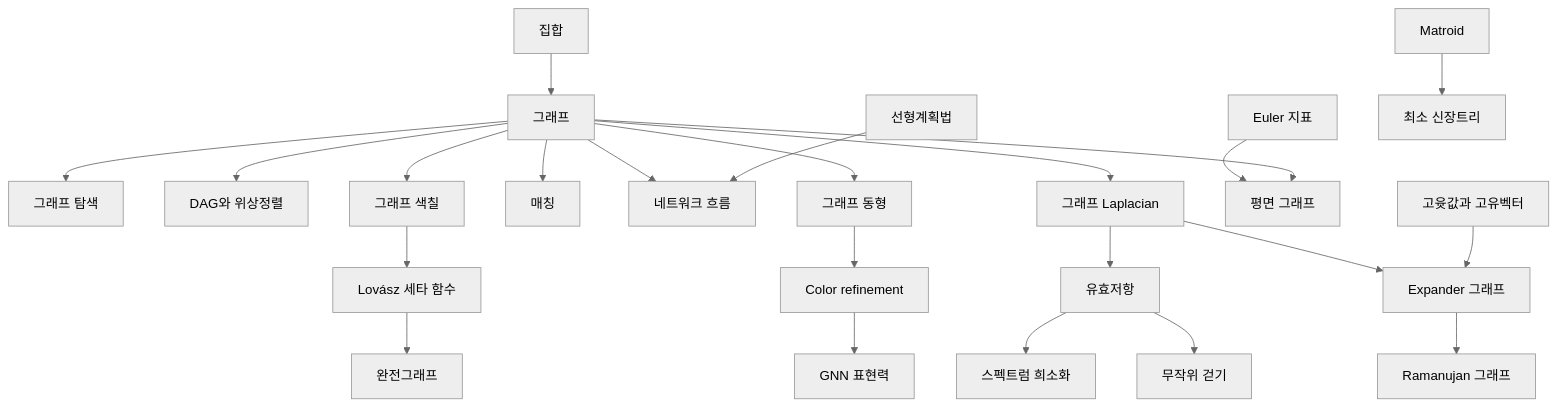
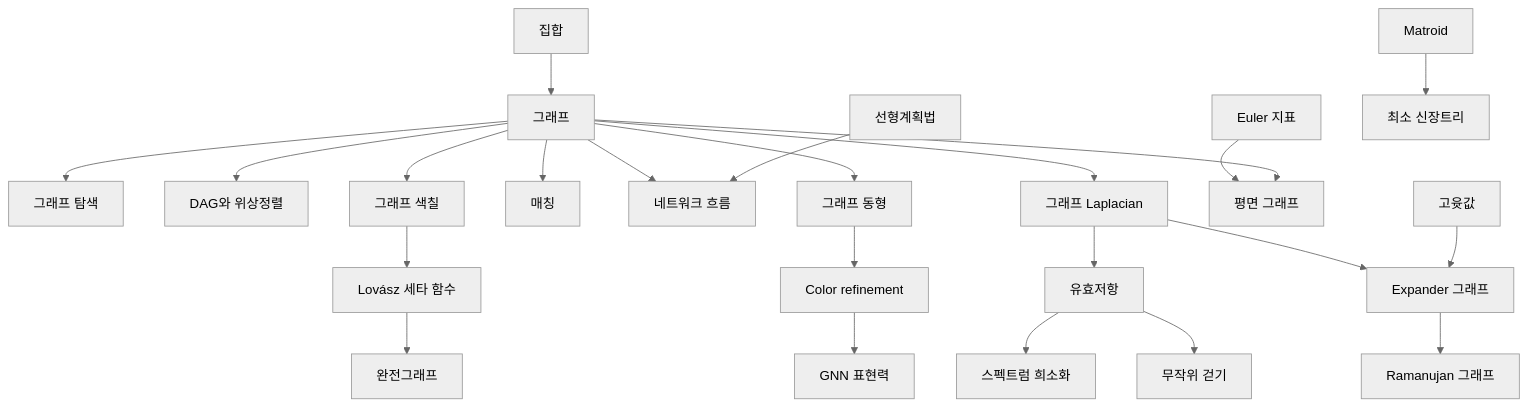
One commit to Phryxia/math-map changed the diagram in docs/graph-theory-overview.md. Above: the diagram before and after it, drawn with Mermaid (neutral theme). The commit also changed 14 other files, not shown here.

````diff
--- a/docs/graph-theory-overview.md
+++ b/docs/graph-theory-overview.md
@@ -13,25 +13,25 @@
 ```mermaid
 graph TD
   ST["집합"] --> GR["그래프"]
   GR --> GS2["그래프 탐색"]
   GR --> DG["DAG와 위상정렬"]
   GR --> GC["그래프 색칠"]
   GR --> MA["매칭"]
   GR --> NF["네트워크 흐름"]
   GR --> GI["그래프 동형"]
   GR --> GL["그래프 Laplacian"]
   EC["Euler 지표"] --> PG["평면 그래프"]
   GR --> PG
   LP["선형계획법"] --> NF
   GC --> LT["Lovász 세타 함수"]
   LT --> PF["완전그래프"]
   GI --> CR["Color refinement"]
   CR --> GN["GNN 표현력"]
   MT["Matroid"] --> MS["최소 신장트리"]
   GL --> ER["유효저항"]
   GL --> EG["Expander 그래프"]
-  EV["고윳값과 고유벡터"] --> EG
+  EV["고윳값"] --> EG
   ER --> SS["스펙트럼 희소화"]
   ER --> RW["무작위 걷기"]
   EG --> RG["Ramanujan 그래프"]
 ```
````
